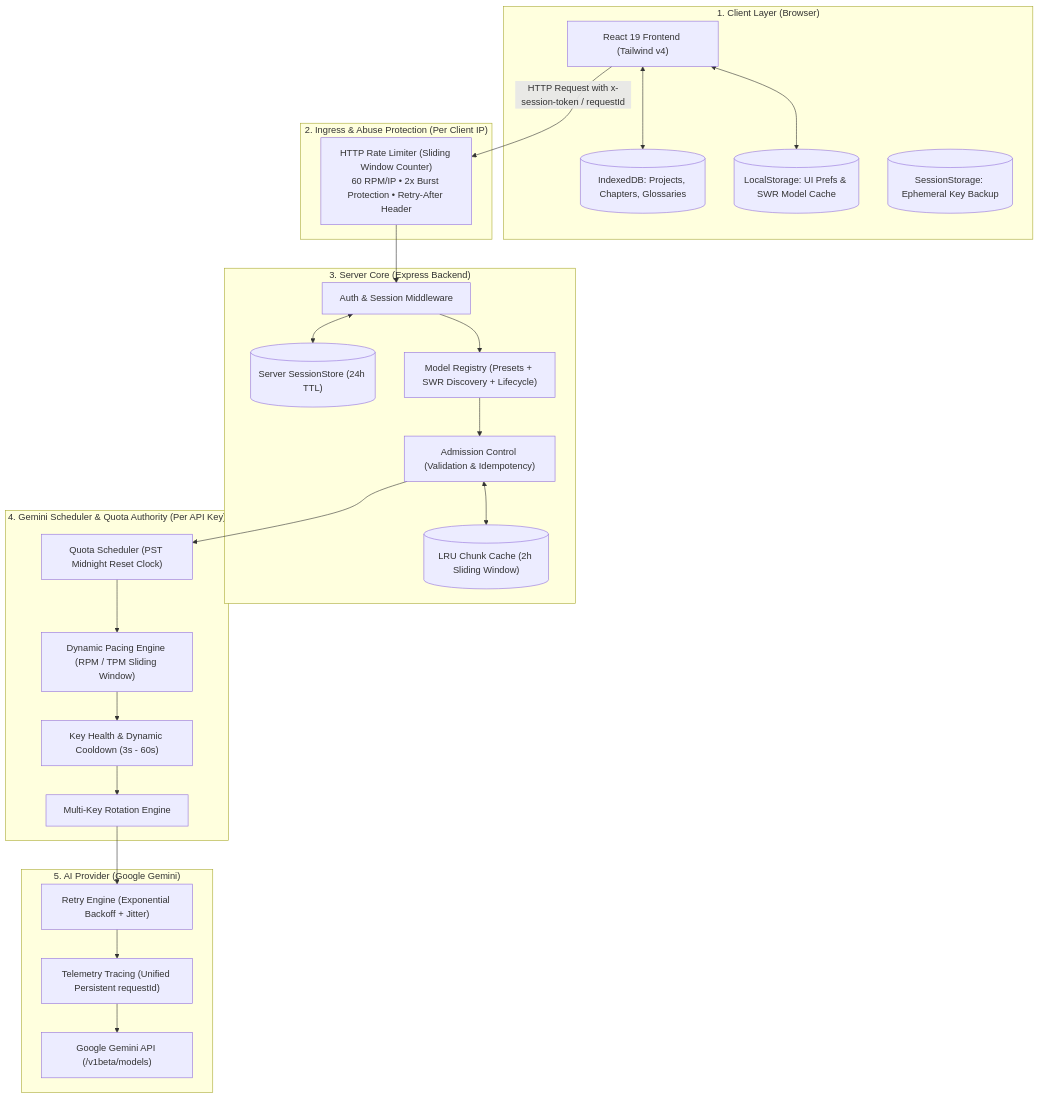
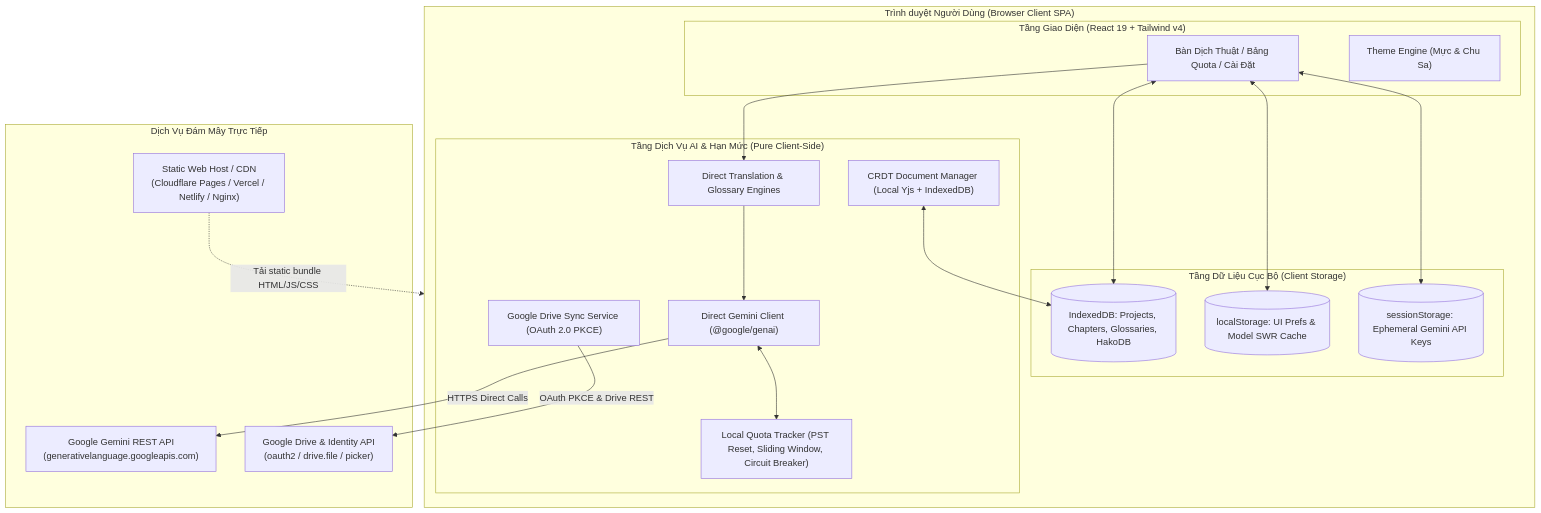
Before and after one commit to caoduongle/API_dich_truyen: the diagram in README.md, drawn with Mermaid. The commit also changed other lines of this file and 35 other files, not shown here.

Commit message:
feat: implement zero-backend architecture with CRDT service, model discovery, quota tracking, and enhanced security headers

````diff
--- a/README.md
+++ b/README.md
@@ -73,50 +64,40 @@
 ```mermaid
 flowchart TD
-    subgraph ClientLayer ["1. Client Layer (Browser)"]
-        UI["React 19 Frontend (Tailwind v4)"]
-        IDB[("IndexedDB: Projects, Chapters, Glossaries")]
-        LocalCache[("LocalStorage: UI Prefs & SWR Model Cache")]
-        SessionClient[("SessionStorage: Ephemeral Key Backup")]
+    subgraph BrowserRuntime ["Trình duyệt Người Dùng (Browser Client SPA)"]
+        subgraph Presentation ["Tầng Giao Diện (React 19 + Tailwind v4)"]
+            UI["Bàn Dịch Thuật / Bảng Quota / Cài Đặt"]
+            Theme["Theme Engine (Mực & Chu Sa)"]
+        end
+
+        subgraph LocalState ["Tầng Dữ Liệu Cục Bộ (Client Storage)"]
+            IDB[("IndexedDB: Projects, Chapters, Glossaries, HakoDB")]
+            LocalPrefs[("localStorage: UI Prefs & Model SWR Cache")]
+            SessionKeys[("sessionStorage: Ephemeral Gemini API Keys")]
+        end
+
+        subgraph ClientServices ["Tầng Dịch Vụ AI & Hạn Mức (Pure Client-Side)"]
+            DirectGemini["Direct Gemini Client (@google/genai)"]
+            QuotaTracker["Local Quota Tracker (PST Reset, Sliding Window, Circuit Breaker)"]
+            TransEngine["Direct Translation & Glossary Engines"]
+            CRDT["CRDT Document Manager (Local Yjs + IndexedDB)"]
+            DriveSync["Google Drive Sync Service (OAuth 2.0 PKCE)"]
+        end
     end
 
-    subgraph NetworkBoundary ["2. Ingress & Abuse Protection (Per Client IP)"]
-        HTTP_RL["HTTP Rate Limiter (Sliding Window Counter)\n60 RPM/IP • 2x Burst Protection • Retry-After Header"]
+    subgraph ExternalCloud ["Dịch Vụ Đám Mây Trực Tiếp"]
+        GeminiAPI["Google Gemini REST API\n(generativelanguage.googleapis.com)"]
+        GoogleDrive["Google Drive & Identity API\n(oauth2 / drive.file / picker)"]
+        StaticCDN["Static Web Host / CDN\n(Cloudflare Pages / Vercel / Netlify / Nginx)"]
     end
 
-    subgraph ServerCore ["3. Server Core (Express Backend)"]
-        AuthMiddleware["Auth & Session Middleware"]
-        SessionStore[("Server SessionStore (24h TTL)")]
-        ModelRegistry["Model Registry (Presets + SWR Discovery + Lifecycle)"]
-        Admission["Admission Control (Validation & Idempotency)"]
-        ChunkCache[("LRU Chunk Cache (2h Sliding Window)")]
-    end
-
-    subgraph SchedulerLayer ["4. Gemini Scheduler & Quota Authority (Per API Key)"]
-        QuotaScheduler["Quota Scheduler (PST Midnight Reset Clock)"]
-        RatePacer["Dynamic Pacing Engine (RPM / TPM Sliding Window)"]
-        KeyHealth["Key Health & Dynamic Cooldown (3s - 60s)"]
-        KeyRotation["Multi-Key Rotation Engine"]
-    end
-
-    subgraph ProviderLayer ["5. AI Provider (Google Gemini)"]
-        RetryEngine["Retry Engine (Exponential Backoff + Jitter)"]
-        Telemetry["Telemetry Tracing (Unified Persistent requestId)"]
-        GeminiAPI["Google Gemini API (/v1beta/models)"]
-    end
-
+    StaticCDN -.->|Tải static bundle HTML/JS/CSS| BrowserRuntime
     UI <--> IDB
-    UI <--> LocalCache
-    UI -->|HTTP Request with x-session-token / requestId| HTTP_RL
-    HTTP_RL --> AuthMiddleware
-    AuthMiddleware <--> SessionStore
-    AuthMiddleware --> ModelRegistry
-    ModelRegistry --> Admission
-    Admission <--> ChunkCache
-    Admission --> QuotaScheduler
-    QuotaScheduler --> RatePacer
-    RatePacer --> KeyHealth
-    KeyHealth --> KeyRotation
-    KeyRotation --> RetryEngine
-    RetryEngine --> Telemetry
-    Telemetry --> GeminiAPI
+    UI <--> LocalPrefs
+    UI <--> SessionKeys
+    UI --> TransEngine
+    TransEngine --> DirectGemini
+    DirectGemini <--> QuotaTracker
+    DirectGemini -->|HTTPS Direct Calls| GeminiAPI
+    DriveSync -->|OAuth PKCE & Drive REST| GoogleDrive
+    CRDT <--> IDB
 ```
````
